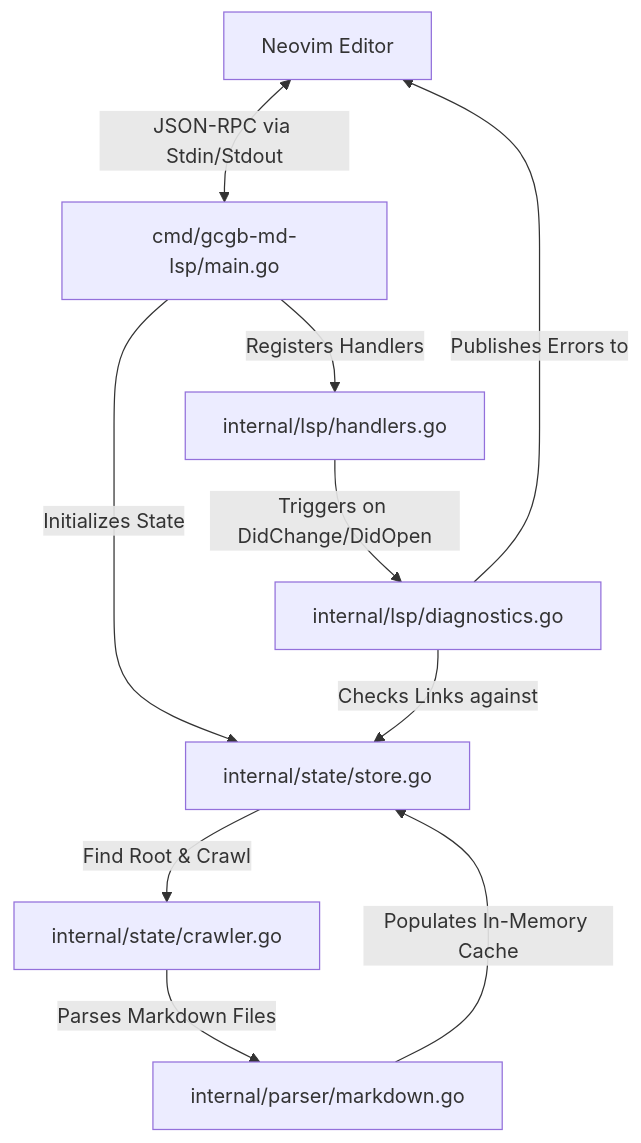
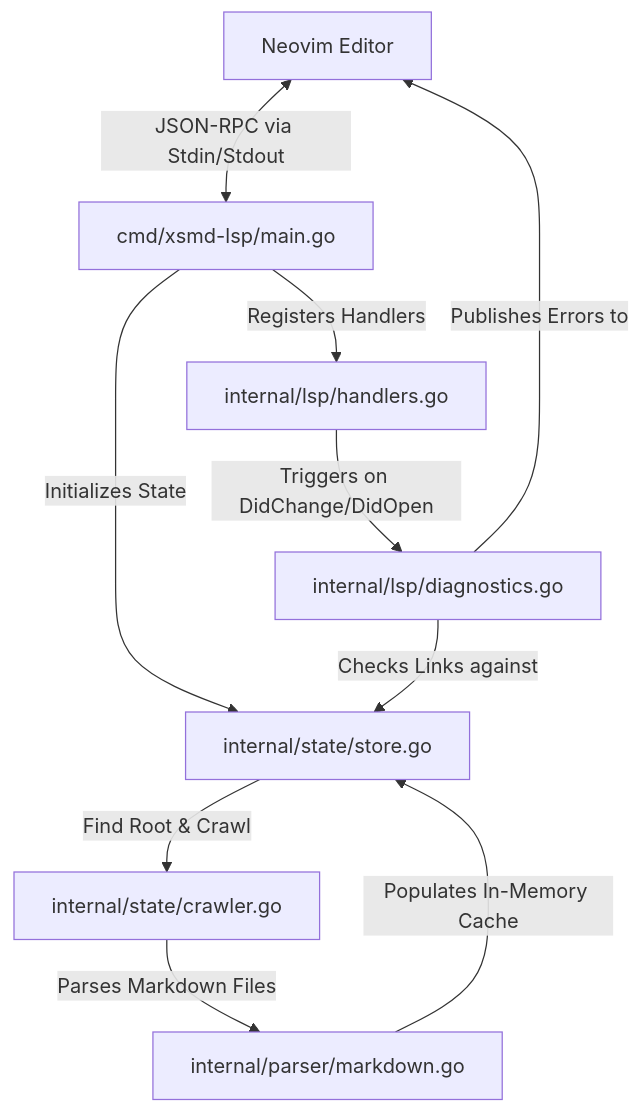
The diagram in docs/architecture.md (RaquerLabs/xsmd), drawn with Mermaid before and after one commit. The commit also changed other lines of this file and 14 other files, not shown here.

````diff
--- a/docs/architecture.md
+++ b/docs/architecture.md
@@ -13,14 +13,14 @@
 ```mermaid
 graph TD
-    Client[Neovim Editor] <-->|JSON-RPC via Stdin/Stdout| Main[cmd/gcgb-md-lsp/main.go]
+    Client[Neovim Editor] <-->|JSON-RPC via Stdin/Stdout| Main[cmd/xsmd-lsp/main.go]
     Main -->|Initializes State| State[internal/state/store.go]
     Main -->|Registers Handlers| LSP[internal/lsp/handlers.go]
 
     State -->|Find Root & Crawl| Crawler[internal/state/crawler.go]
     Crawler -->|Parses Markdown Files| Parser[internal/parser/markdown.go]
     Parser -->|Populates In-Memory Cache| State
 
     LSP -->|Triggers on DidChange/DidOpen| Diag[internal/lsp/diagnostics.go]
     Diag -->|Checks Links against| State
     Diag -->|Publishes Errors to| Client
 ```
````
